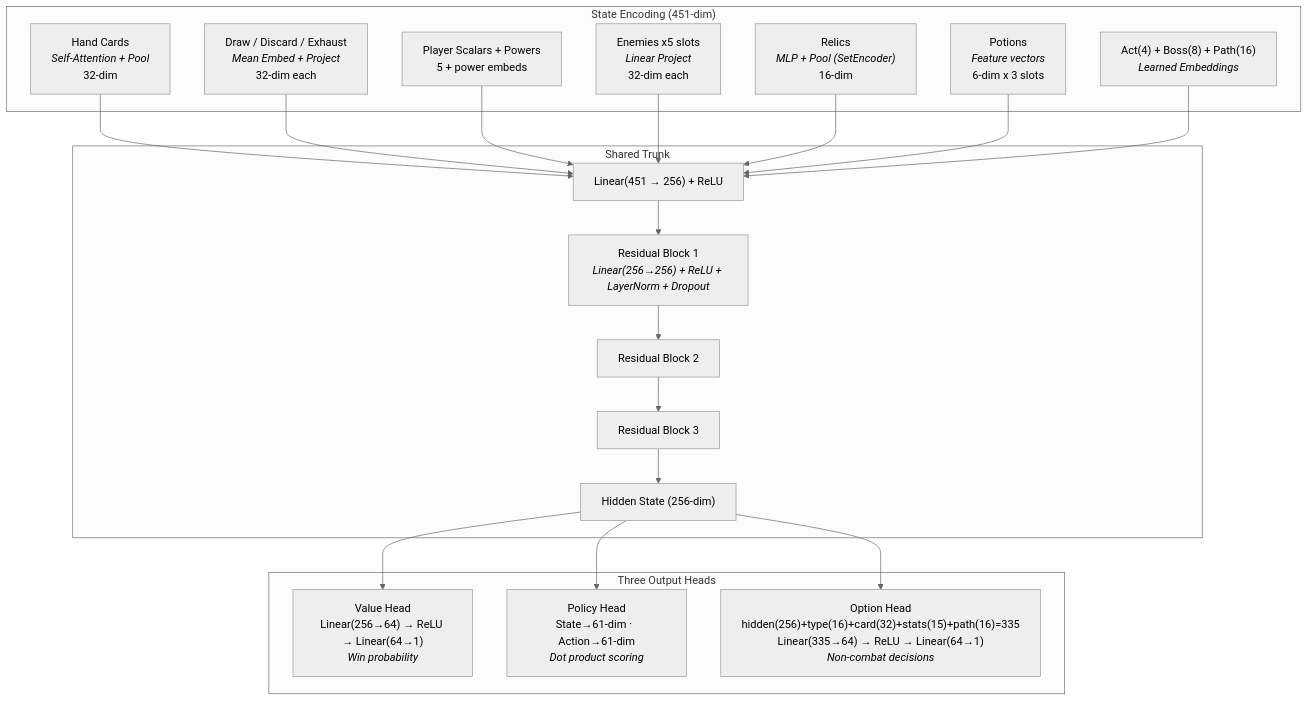
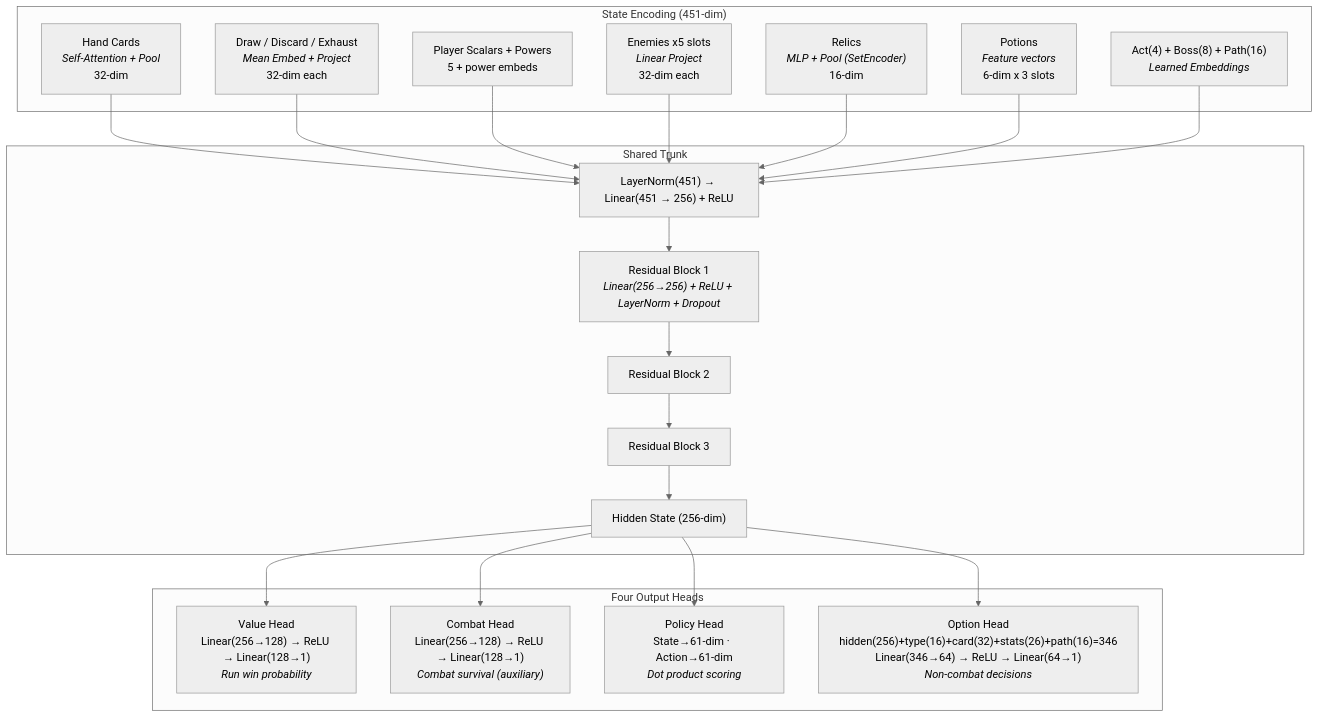
The diagram in ALPHAZERO_GUIDE.md (dbyrne/ClawTheSpire), drawn with Mermaid (neutral theme) before and after one commit. The commit also changed other lines of this file and 10 other files, not shown here.

````diff
--- a/ALPHAZERO_GUIDE.md
+++ b/ALPHAZERO_GUIDE.md
@@ -30,38 +30,40 @@
 ```mermaid
 graph TD
     subgraph Inputs["State Encoding (451-dim)"]
         Hand["Hand Cards<br/><i>Self-Attention + Pool</i><br/>32-dim"]
         Piles["Draw / Discard / Exhaust<br/><i>Mean Embed + Project</i><br/>32-dim each"]
         Player["Player Scalars + Powers<br/>5 + power embeds"]
         Enemies["Enemies x5 slots<br/><i>Linear Project</i><br/>32-dim each"]
         Relics["Relics<br/><i>MLP + Pool (SetEncoder)</i><br/>16-dim"]
         Potions["Potions<br/><i>Feature vectors</i><br/>6-dim x 3 slots"]
         Context["Act(4) + Boss(8) + Path(16)<br/><i>Learned Embeddings</i>"]
     end
 
     subgraph Trunk["Shared Trunk"]
-        TrunkIn["Linear(451 → 256) + ReLU"]
+        TrunkIn["LayerNorm(451) → Linear(451 → 256) + ReLU"]
         Res1["Residual Block 1<br/><i>Linear(256→256) + ReLU + LayerNorm + Dropout</i>"]
         Res2["Residual Block 2"]
         Res3["Residual Block 3"]
         Hidden["Hidden State (256-dim)"]
     end
 
-    subgraph Heads["Three Output Heads"]
-        Value["Value Head<br/>Linear(256→64) → ReLU → Linear(64→1)<br/><i>Win probability</i>"]
+    subgraph Heads["Four Output Heads"]
+        Value["Value Head<br/>Linear(256→128) → ReLU → Linear(128→1)<br/><i>Run win probability</i>"]
+        Combat["Combat Head<br/>Linear(256→128) → ReLU → Linear(128→1)<br/><i>Combat survival (auxiliary)</i>"]
         Policy["Policy Head<br/>State→61-dim ·  Action→61-dim<br/><i>Dot product scoring</i>"]
-        Option["Option Head<br/>hidden(256)+type(16)+card(32)+stats(15)+path(16)=335<br/>Linear(335→64) → ReLU → Linear(64→1)<br/><i>Non-combat decisions</i>"]
+        Option["Option Head<br/>hidden(256)+type(16)+card(32)+stats(26)+path(16)=346<br/>Linear(346→64) → ReLU → Linear(64→1)<br/><i>Non-combat decisions</i>"]
     end
 
     Hand --> TrunkIn
     Piles --> TrunkIn
     Player --> TrunkIn
     Enemies --> TrunkIn
     Relics --> TrunkIn
     Potions --> TrunkIn
     Context --> TrunkIn
     TrunkIn --> Res1 --> Res2 --> Res3 --> Hidden
     Hidden --> Value
+    Hidden --> Combat
     Hidden --> Policy
     Hidden --> Option
 ```
````
